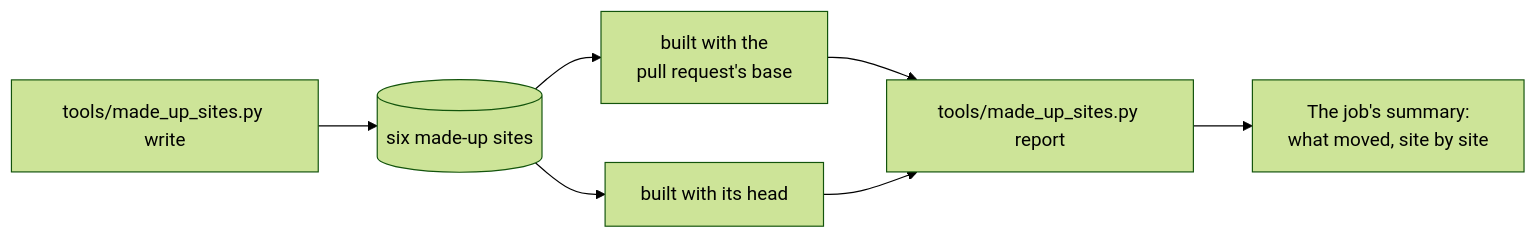
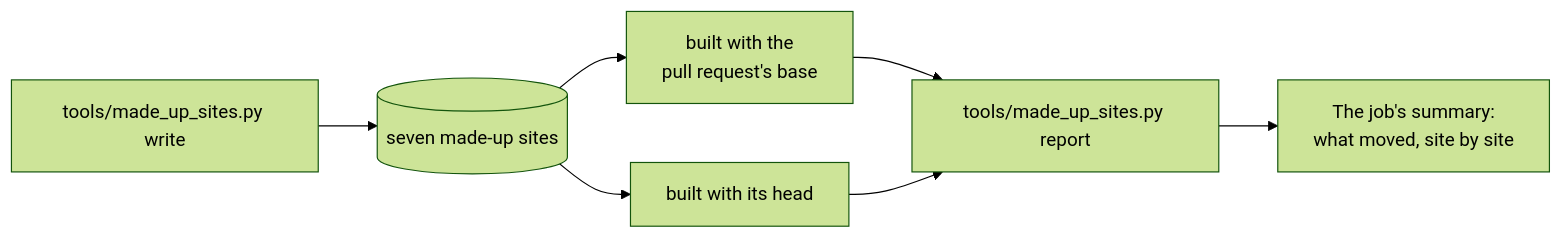
The diagram in CONTRIBUTING.md (populii/domus), drawn with Mermaid (forest theme) before and after one commit. The commit also changed other lines of this file and 8 other files, not shown here.

````diff
--- a/CONTRIBUTING.md
+++ b/CONTRIBUTING.md
@@ -153,9 +153,9 @@
 ```mermaid
 flowchart LR
-  W["tools/made_up_sites.py write"] --> S[(six made-up sites)]
+  W["tools/made_up_sites.py write"] --> S[(seven made-up sites)]
   S --> B["built with the<br/>pull request's base"]
   S --> H["built with its head"]
   B --> R["tools/made_up_sites.py report"]
   H --> R
   R --> M["The job's summary:<br/>what moved, site by site"]
 ```
````
